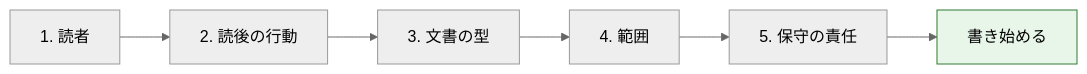
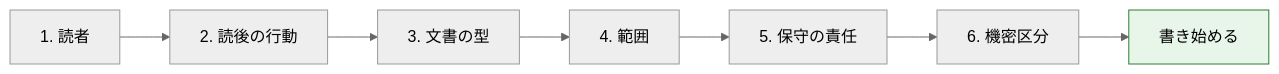
Before and after one commit to ht-0328/engineering-docs-standard: the first of 3 diagrams in docs/02-before-writing.md, drawn with Mermaid (neutral theme). The commit also changed other lines of this file and 26 other files, not shown here.

````diff
--- a/docs/02-before-writing.md
+++ b/docs/02-before-writing.md
@@ -15,9 +16,10 @@
 ```mermaid
 flowchart LR
     A["1. 読者"] --> B["2. 読後の行動"]
     B --> C["3. 文書の型"]
     C --> D["4. 範囲"]
     D --> E["5. 保守の責任"]
-    E --> F["書き始める"]
+    E --> G["6. 機密区分"]
+    G --> F["書き始める"]
     style F fill:#e8f5e9,stroke:#2e7d32
 ```
````
